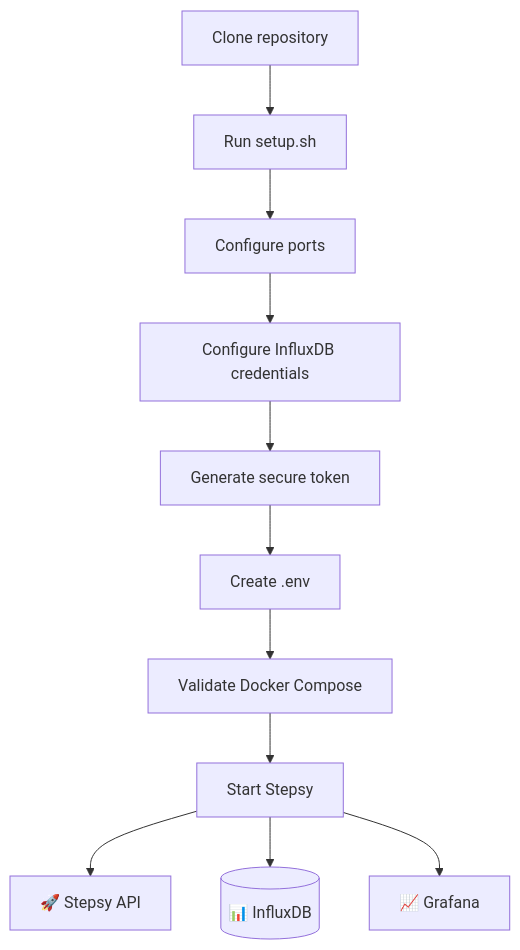
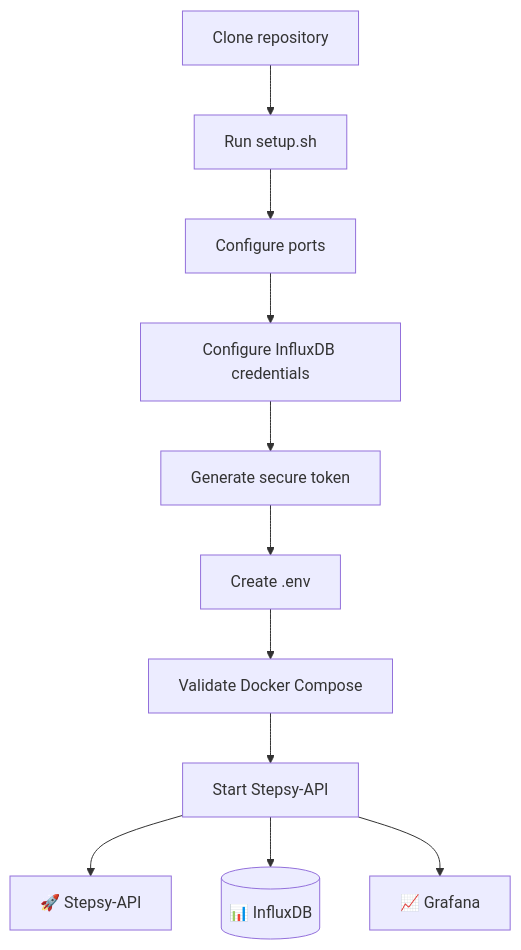
The second of 5 diagrams in README.md (nikoswu/StepStack), drawn with Mermaid before and after one commit. The commit also changed other lines of this file, not shown here.

First line of the commit message:
Rename Stepsy to Stepsy-API in README

````diff
--- a/README.md
+++ b/README.md
@@ -80,14 +80,14 @@
 ```mermaid
 flowchart TD
     A[Clone repository] --> B[Run setup.sh]
     B --> C[Configure ports]
     C --> D[Configure InfluxDB credentials]
     D --> E[Generate secure token]
     E --> F[Create .env]
     F --> G[Validate Docker Compose]
-    G --> H[Start Stepsy]
+    G --> H[Start Stepsy-API]
 
-    H --> I[🚀 Stepsy API]
+    H --> I[🚀 Stepsy-API]
     H --> J[(📊 InfluxDB)]
     H --> K[📈 Grafana]
 ```
````
